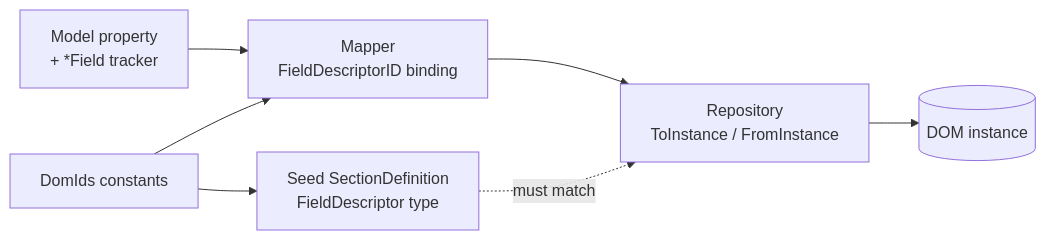
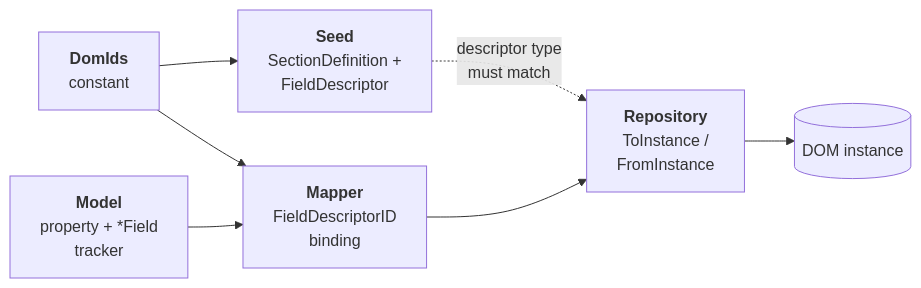
The first of 13 diagrams in docs/canon/CAN-001-dom-structure.md (SkylineCommunications/SLC-SDM-InfraOps), drawn with Mermaid before and after one commit. The commit also changed other lines of this file, not shown here.

````diff
--- a/docs/canon/CAN-001-dom-structure.md
+++ b/docs/canon/CAN-001-dom-structure.md
@@ -55,9 +54,16 @@
 ```mermaid
 flowchart LR
-    M[Model property<br/>+ *Field tracker] --> MP[Mapper<br/>FieldDescriptorID binding]
-    MP --> R[Repository<br/>ToInstance / FromInstance]
-    R --> D[(DOM instance)]
-    S[Seed SectionDefinition<br/>FieldDescriptor type] -. must match .-> R
-    I[DomIds constants] --> MP
-    I --> S
+    ID["<b>DomIds</b><br/>constant"]
+    SEED["<b>Seed</b><br/>SectionDefinition +<br/>FieldDescriptor"]
+    MAP["<b>Mapper</b><br/>FieldDescriptorID<br/>binding"]
+    REPO["<b>Repository</b><br/>ToInstance /<br/>FromInstance"]
+    MODEL["<b>Model</b><br/>property + *Field<br/>tracker"]
+    DOM[("DOM instance")]
+
+    ID --> SEED
+    ID --> MAP
+    MODEL --> MAP
+    MAP --> REPO
+    REPO --> DOM
+    SEED -. "descriptor type<br/>must match" .-> REPO
 ```
````
